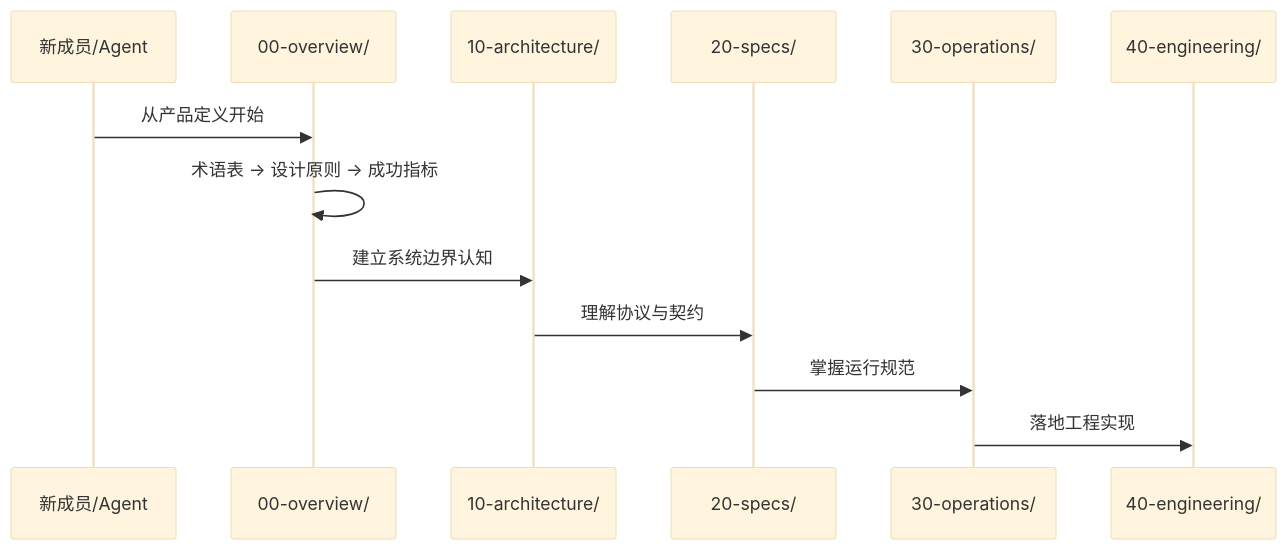
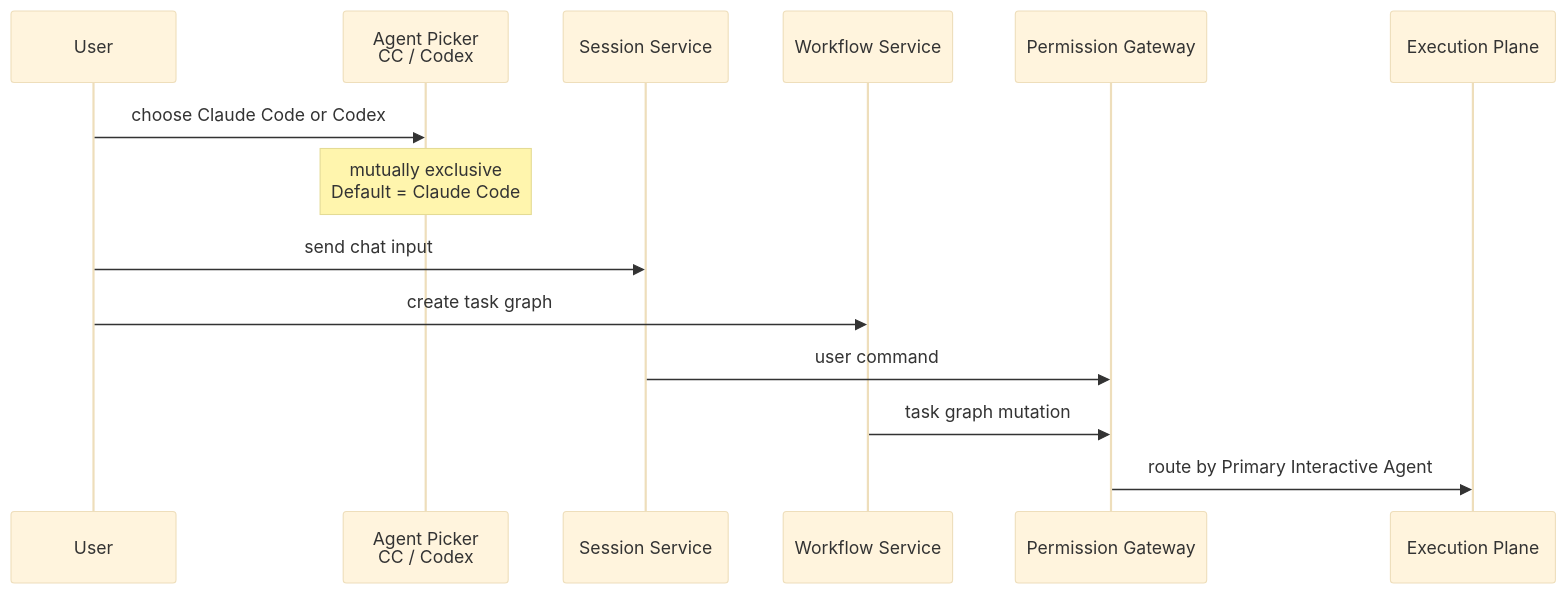
Before and after one commit to lst016/tech-cc-hub: the third of 5 diagrams in .tech/repowiki/zh/content/核心模块规格/产品与工程文档总览.md, drawn with Mermaid (base theme). The commit also changed other lines of this file and 195 other files, not shown here.

````diff
--- a/.tech/repowiki/zh/content/核心模块规格/产品与工程文档总览.md
+++ b/.tech/repowiki/zh/content/核心模块规格/产品与工程文档总览.md
@@ -188,16 +172,17 @@
 ```mermaid
 sequenceDiagram
-    participant Reader as 新成员/Agent
-    participant L0 as 00-overview/
-    participant L1 as 10-architecture/
-    participant L2 as 20-specs/
-    participant L3 as 30-operations/
-    participant L4 as 40-engineering/
+    participant User
+    participant Picker as Agent Picker<br/>CC / Codex
+    participant SessionSvc as Session Service
+    participant WorkflowSvc as Workflow Service
+    participant Gateway as Permission Gateway
+    participant Exec as Execution Plane
 
-    Reader->>L0: 从产品定义开始
-    L0->>L0: 术语表 → 设计原则 → 成功指标
-    L0->>L1: 建立系统边界认知
-    L1->>L2: 理解协议与契约
-    L2->>L3: 掌握运行规范
-    L3->>L4: 落地工程实现
+    User->>Picker: choose Claude Code or Codex
+    Note over Picker: mutually exclusive<br/>Default = Claude Code
+    User->>SessionSvc: send chat input
+    User->>WorkflowSvc: create task graph
+    SessionSvc->>Gateway: user command
+    WorkflowSvc->>Gateway: task graph mutation
+    Gateway->>Exec: route by Primary Interactive Agent
 ```
````
